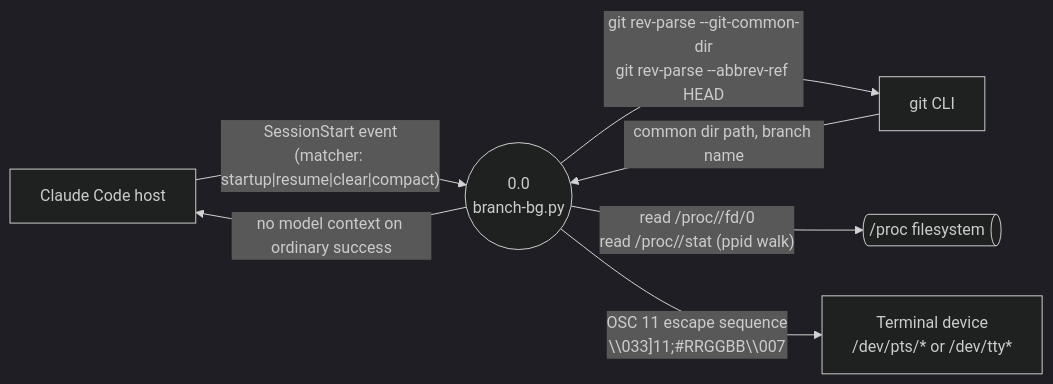
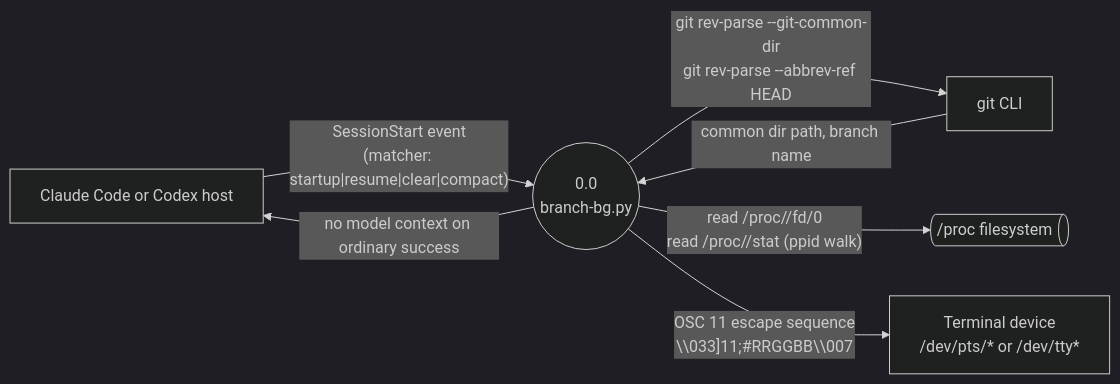
Before and after one commit to Denubis/denubis-plugins: the diagram in docs/architecture/plugins/denubis-hook-branch-bg/0-context.md, drawn with Mermaid (dark theme). The commit also changed other lines of this file and 70 other files, not shown here.

````diff
--- a/docs/architecture/plugins/denubis-hook-branch-bg/0-context.md
+++ b/docs/architecture/plugins/denubis-hook-branch-bg/0-context.md
@@ -7,16 +8,16 @@
 ```mermaid
 flowchart LR
-    CC[Claude Code host]
+    CC[Claude Code or Codex host]
     Git[git CLI]
     Proc@{ shape: das, label: "/proc filesystem" }
     TTY[Terminal device\n/dev/pts/* or /dev/tty*]
 
     Hook((0.0\nbranch-bg.py))
 
     CC -->|"SessionStart event\n(matcher: startup|resume|clear|compact)"| Hook
     Hook -->|"git rev-parse --git-common-dir\ngit rev-parse --abbrev-ref HEAD"| Git
     Git -->|"common dir path, branch name"| Hook
     Hook -->|"read /proc/<pid>/fd/0\nread /proc/<pid>/stat (ppid walk)"| Proc
     Hook -->|"OSC 11 escape sequence\n\\033]11;#RRGGBB\\007"| TTY
     Hook -->|"no model context on ordinary success"| CC
 ```
````
